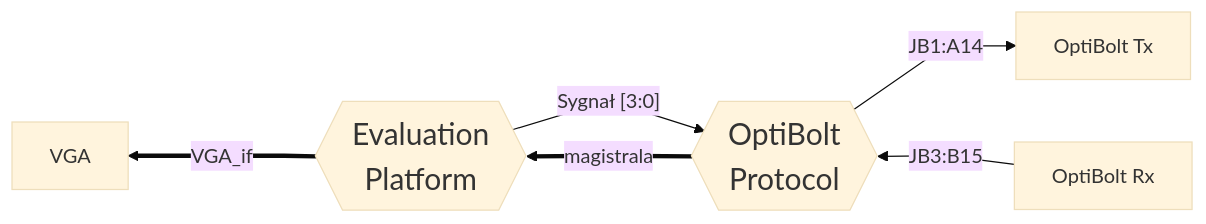
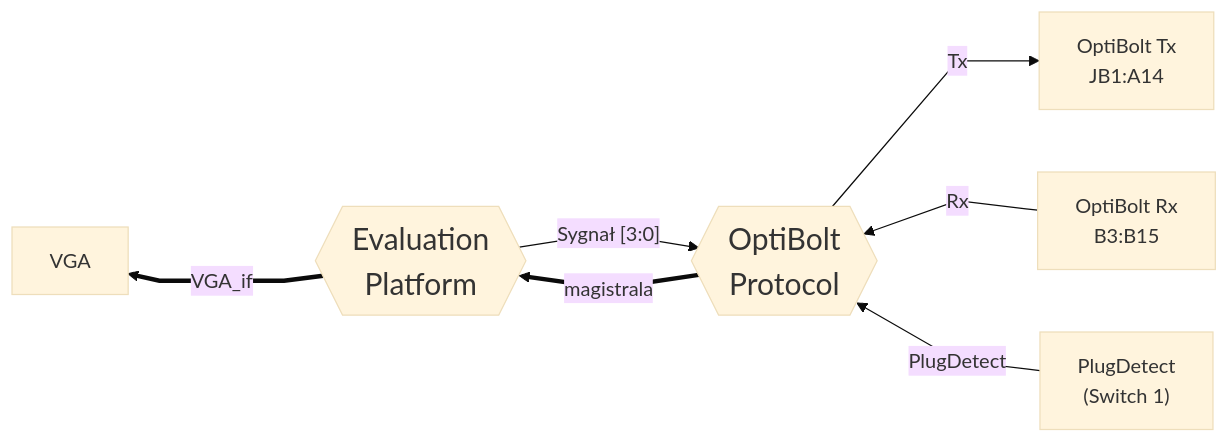
The second of 2 diagrams in README.md (Ziemniaczenka/OptiBolt-protocol-and-evaluation), drawn with Mermaid (base theme) before and after one commit. The commit also changed other lines of this file and 4 other files, not shown here.

````diff
--- a/README.md
+++ b/README.md
@@ -236,35 +240,45 @@
 ``` mermaid
   flowchart LR
     %%{init: {'flowchart': {'curve': 'linear'}}}%%
 
     %% Modules
 
     VGA[VGA]
     
     Eval[Evaluation 
     Platform]
     Eval@{shape: hex}
     style Eval font-size:24px
 
     OptiBolt[OptiBolt 
     Protocol]
     OptiBolt@{shape: hex}
     style OptiBolt font-size:24px
 
-    Tx["OptiBolt Tx"]
-    Rx["OptiBolt Rx"]
+    Tx["OptiBolt Tx
+        JB1:A14"]
+    Rx["OptiBolt Rx
+        B3:B15"]
+    PlugDetect["PlugDetect
+        (Switch 1)"]
+    
 
-    %% Connections
+    %% Connections TODO: zgodne nazwy portów i połączeń, pozostałe moduły
+
     VGA ~~~ Eval
     Eval ===>|VGA_if| VGA
 
 
+    %% Tu opisać wszystkie połączenia między Eval a OptiBolt
     Eval --> |"Sygnał [3:0] "| OptiBolt
     OptiBolt ==>|magistrala| Eval
 
-    OptiBolt -->|JB1:A14| Tx
+    OptiBolt -->|Tx| Tx
     OptiBolt ~~~ Rx 
-    Rx--> |JB3:B15| OptiBolt
+    Rx--> |Rx| OptiBolt
     Rx ~~~ OptiBolt
+    OptiBolt ~~~ PlugDetect 
+    PlugDetect -->|PlugDetect| OptiBolt
+    PlugDetect ~~~ OptiBolt
 
 ```
````
